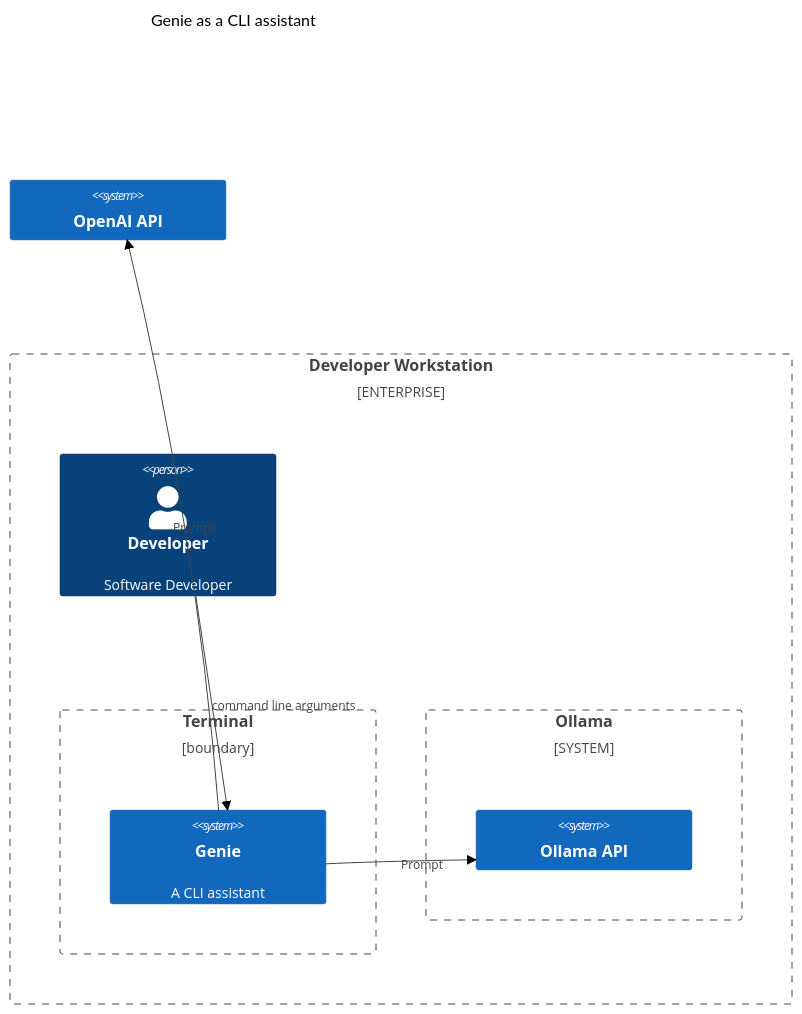
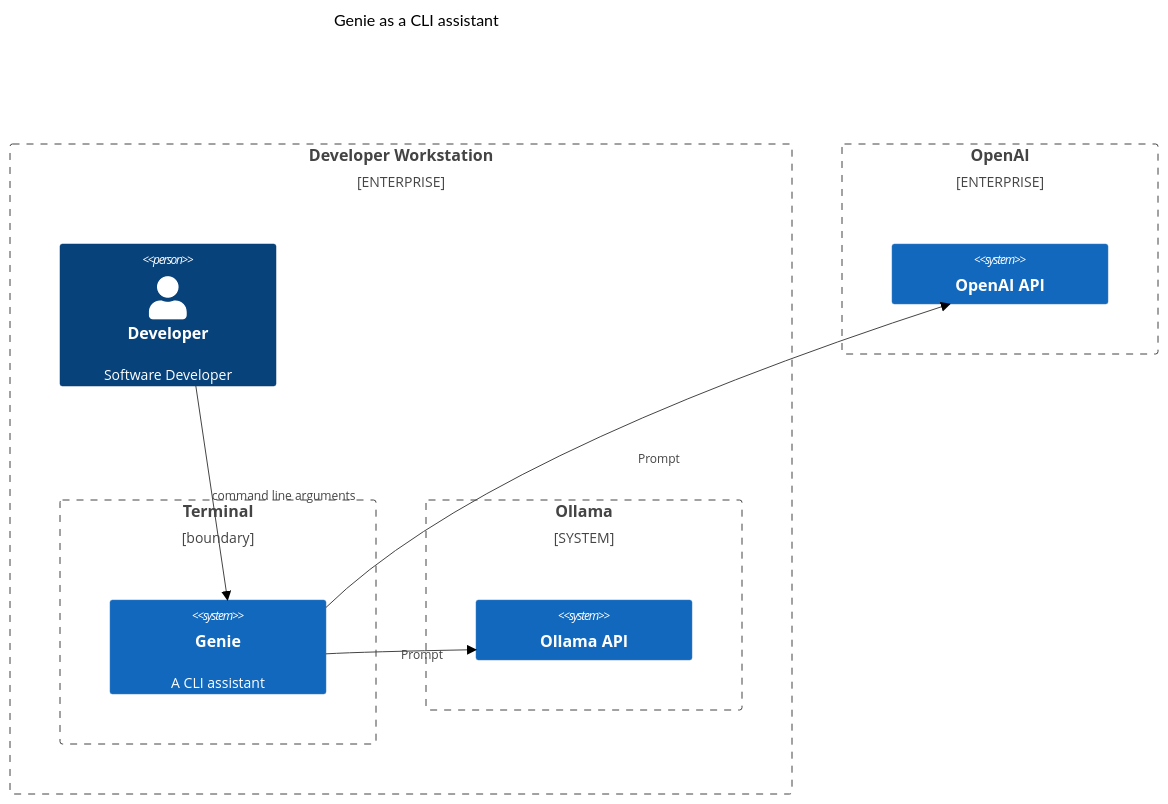
One commit to grahambrooks/genie changed the first of 2 diagrams in README.md. Above: the diagram before and after it, drawn with Mermaid. The commit also changed other lines of this file, not shown here.

Commit message:
Added context diagram

````diff
--- a/README.md
+++ b/README.md
@@ -110,21 +112,23 @@
 ```mermaid
 %%{init: {'theme':'neutral'}}%%
 C4Context
     title Genie as a CLI assistant
     Enterprise_Boundary(workstation, "Developer Workstation") {
         Person(developer, "Developer", "Software Developer")
 
         Boundary(terminal, "Terminal", "boundary") {
             System(genie, "Genie", "A CLI assistant")
         }
 
         System_Boundary(ollama, "Ollama") {
             System(ollama-service, "Ollama API")
         }
     }
-    System(openai, "OpenAI API")
+    Enterprise_Boundary(openai, "OpenAI") {
+        System(openai, "OpenAI API")
+    }
     Rel(developer, genie, "command line arguments")
     Rel(genie, ollama-service, "Prompt")
     Rel(genie, openai, "Prompt")
 
 ```
````
